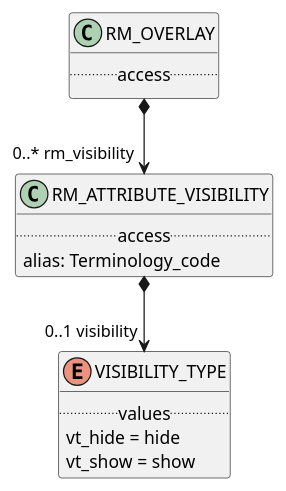
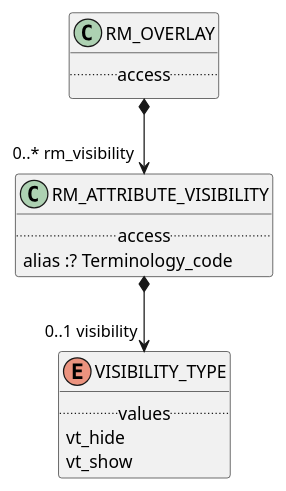
Before and after one commit to wolandscat/openehr-doc: the diagram in modules/ROOT/examples/bmm/languages/aom2/rm_overlay/rm_overlay-package-uml.adoc, drawn with PlantUML. The commit also changed 1814 other files, not shown here.

```diff
--- a/modules/ROOT/examples/bmm/languages/aom2/rm_overlay/rm_overlay-package-uml.adoc
+++ b/modules/ROOT/examples/bmm/languages/aom2/rm_overlay/rm_overlay-package-uml.adoc
@@ -3,28 +3,26 @@
 [plantuml,opts=interactive,link=self]
 ....
 skinparam groupInheritance 2
 skinparam citedClassColor #FDFDFD
 
 
 class RM_ATTRIBUTE_VISIBILITY [[/openehr-doc/latest/languages/aom2-gen.html#_class_rm_attribute_visibility]] {
         .. access ..
-        alias: Terminology_code
+        alias :? Terminology_code
 }
-
 
 RM_ATTRIBUTE_VISIBILITY *--> "0..1 visibility" VISIBILITY_TYPE
 
 enum VISIBILITY_TYPE [[/openehr-doc/latest/languages/aom2-gen.html#_class_visibility_type]] {
         .. values ..
-        vt_hide = hide
-        vt_show = show
+        vt_hide
+        vt_show
 }
 
 class RM_OVERLAY [[/openehr-doc/latest/languages/aom2-gen.html#_class_rm_overlay]] {
         .. access ..
 }
 
-
 RM_OVERLAY *--> "0..* rm_visibility" RM_ATTRIBUTE_VISIBILITY
 
 ....
```
